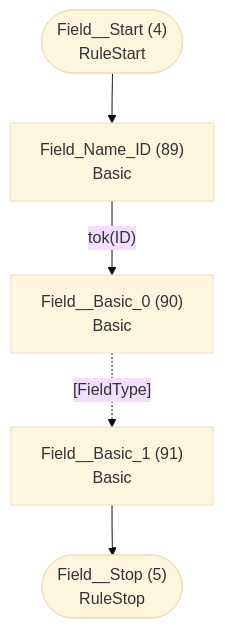
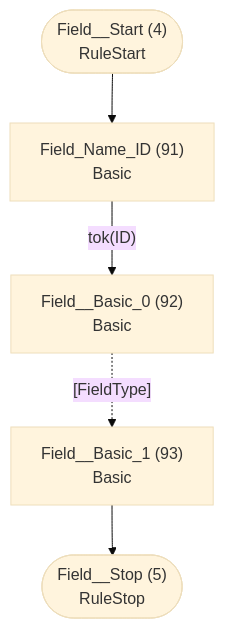
One commit to TypeFox/fastbelt changed the third of 26 diagrams in internal/grammar/atn.md. Above: the diagram before and after it, drawn with Mermaid (base theme). The commit also changed other lines of this file and 25 other files, not shown here.

````diff
--- a/internal/grammar/atn.md
+++ b/internal/grammar/atn.md
@@ -107,13 +112,13 @@
 ```mermaid
 flowchart TD
     q4(["Field__Start (4)<br/>RuleStart"])
     q5(["Field__Stop (5)<br/>RuleStop"])
-    q89["Field_Name_ID (89)<br/>Basic<br/>"]
-    q90["Field__Basic_0 (90)<br/>Basic<br/>"]
-    q91["Field__Basic_1 (91)<br/>Basic<br/>"]
+    q91["Field_Name_ID (91)<br/>Basic<br/>"]
+    q92["Field__Basic_0 (92)<br/>Basic<br/>"]
+    q93["Field__Basic_1 (93)<br/>Basic<br/>"]
 
-    q4 --> q89
-    q89 -->|"tok(ID)"| q90
-    q90 -.->|"[FieldType]"| q91
-    q91 --> q5
+    q4 --> q91
+    q91 -->|"tok(ID)"| q92
+    q92 -.->|"[FieldType]"| q93
+    q93 --> q5
 ```
````
